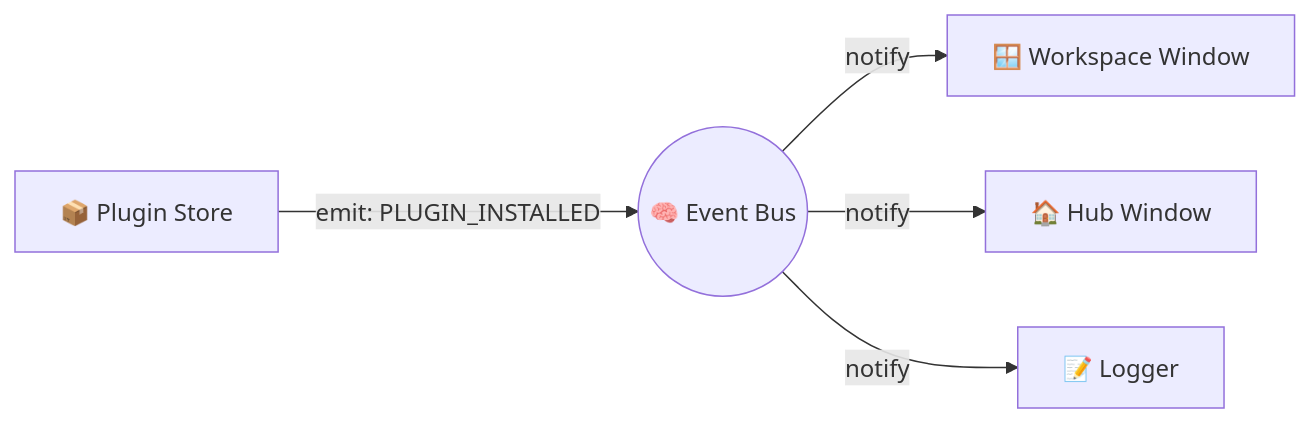
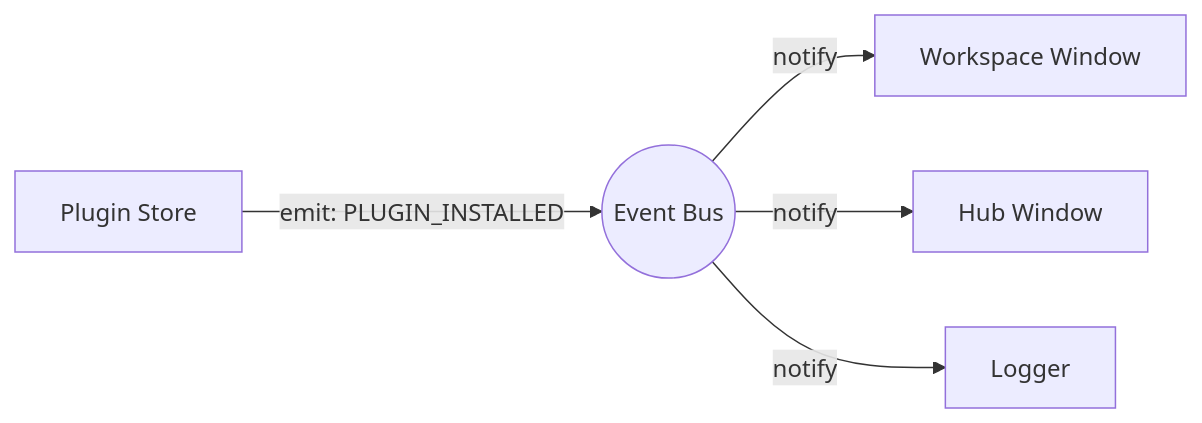
Before and after one commit to KalaimaranB/BioPro: the diagram in docs/internal/11_Core_Nervous_System.md, drawn with Mermaid. The commit also changed other lines of this file and 19 other files, not shown here.

````diff
--- a/docs/internal/11_Core_Nervous_System.md
+++ b/docs/internal/11_Core_Nervous_System.md
@@ -13,7 +11,7 @@
 ```mermaid
 graph LR
-    P[📦 Plugin Store] -->|emit: PLUGIN_INSTALLED| EB((🧠 Event Bus))
-    EB -->|notify| W1[🪟 Workspace Window]
-    EB -->|notify| W2[🏠 Hub Window]
-    EB -->|notify| L[📝 Logger]
+    P[Plugin Store] -->|emit: PLUGIN_INSTALLED| EB((Event Bus))
+    EB -->|notify| W1[Workspace Window]
+    EB -->|notify| W2[Hub Window]
+    EB -->|notify| L[Logger]
 ```
````
